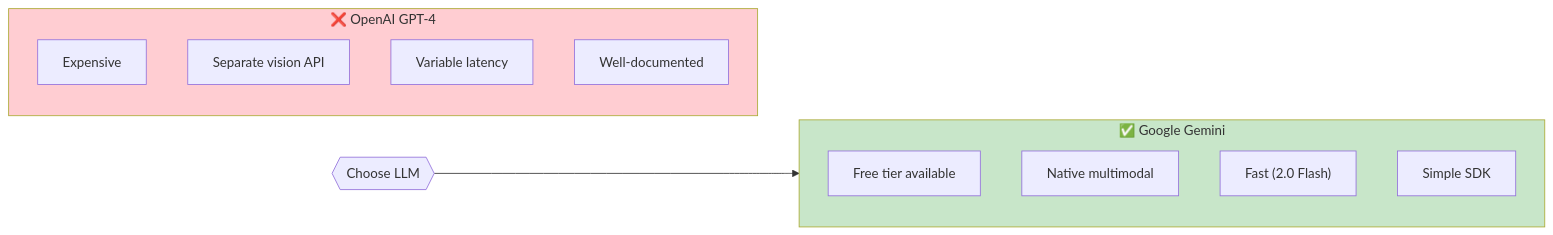
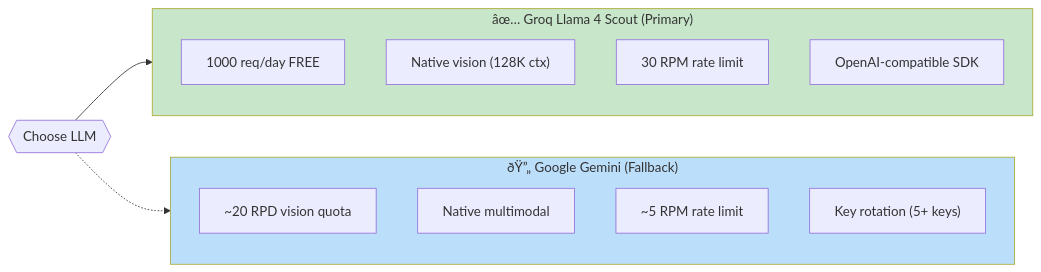
One commit to varunaditya27/android-ai-agent changed the fifth of 9 diagrams in ARCHITECTURE.md. Above: the diagram before and after it, drawn with Mermaid. The commit also changed other lines of this file and 1 other file, not shown here.

Commit message:
Update README and ARCHITECTURE files

````diff
--- a/ARCHITECTURE.md
+++ b/ARCHITECTURE.md
@@ -534,22 +614,23 @@
 ```mermaid
 flowchart LR
-    subgraph Gemini["✅ Google Gemini"]
-        G1["Free tier available"]
-        G2["Native multimodal"]
-        G3["Fast (2.0 Flash)"]
-        G4["Simple SDK"]
+    subgraph Groq["âœ… Groq Llama 4 Scout (Primary)"]
+        G1["1000 req/day FREE"]
+        G2["Native vision (128K ctx)"]
+        G3["30 RPM rate limit"]
+        G4["OpenAI-compatible SDK"]
     end
 
-    subgraph GPT4["❌ OpenAI GPT-4"]
-        O1["Expensive"]
-        O2["Separate vision API"]
-        O3["Variable latency"]
-        O4["Well-documented"]
+    subgraph Gemini["ðŸ”„ Google Gemini (Fallback)"]
+        O1["~20 RPD vision quota"]
+        O2["Native multimodal"]
+        O3["~5 RPM rate limit"]
+        O4["Key rotation (5+ keys)"]
     end
 
     Decision{{"Choose LLM"}}
-    Decision --> Gemini
+    Decision --> Groq
+    Decision -.-> Gemini
 
-    style Gemini fill:#c8e6c9
-    style GPT4 fill:#ffcdd2
+    style Groq fill:#c8e6c9
+    style Gemini fill:#bbdefb
 ```
````
